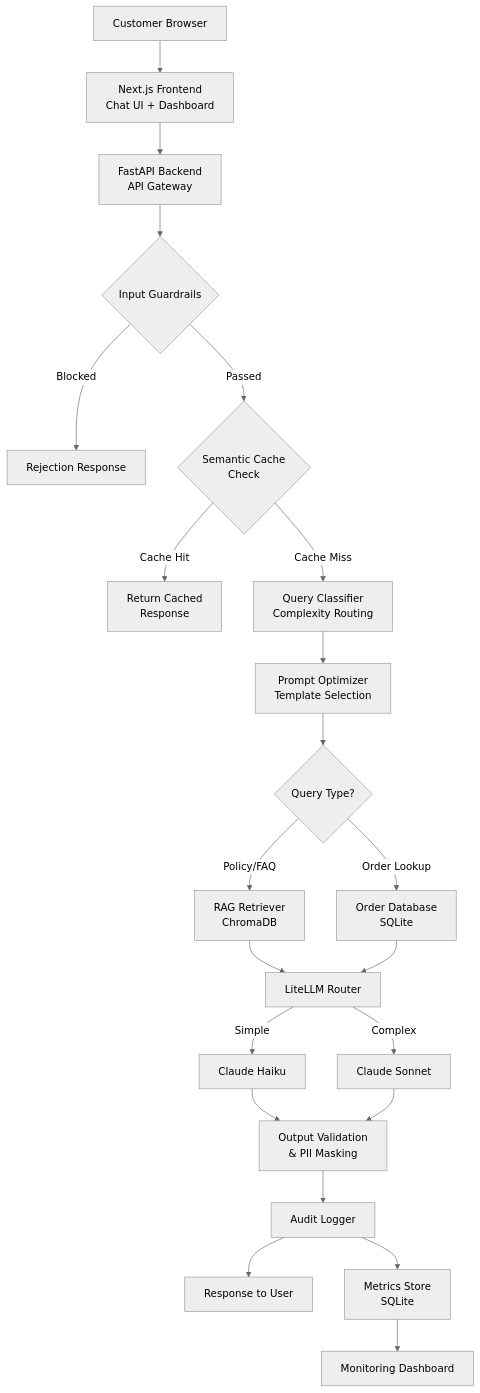
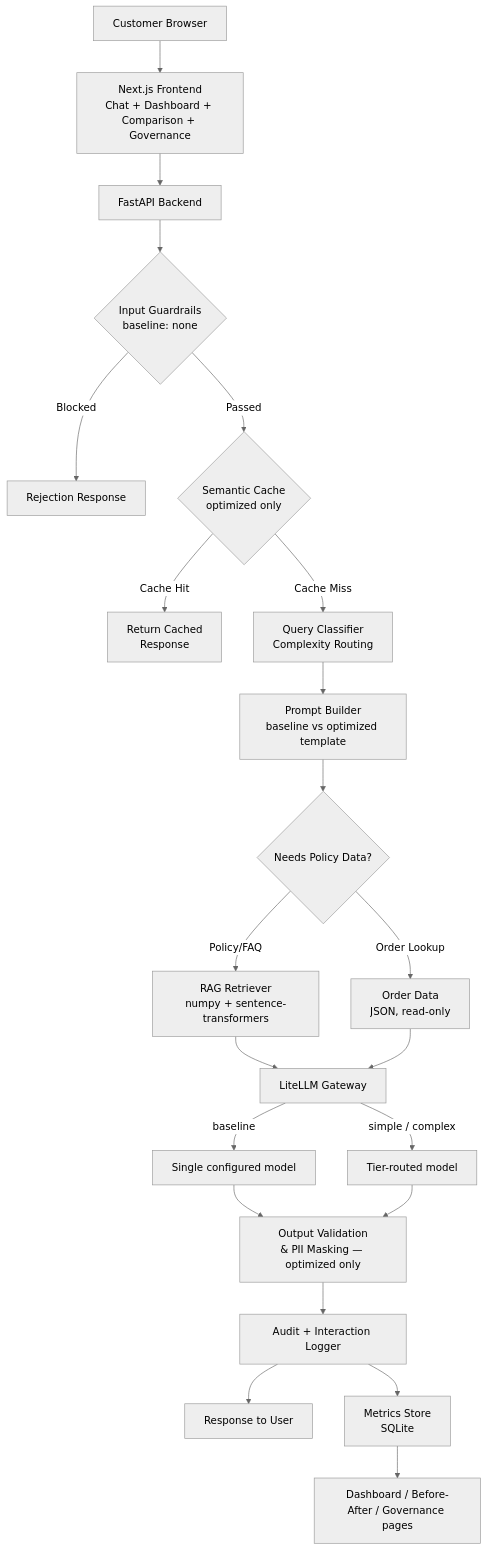
The diagram in PRD.md (sauris3011/OptiBot), drawn with Mermaid (neutral theme) before and after one commit. The commit also changed other lines of this file and 2 other files, not shown here.

````diff
--- a/PRD.md
+++ b/PRD.md
@@ -87,24 +92,24 @@
 ```mermaid
 flowchart TD
-    A[Customer Browser] --> B[Next.js Frontend<br/>Chat UI + Dashboard]
-    B --> C[FastAPI Backend<br/>API Gateway]
-    C --> D{Input Guardrails}
+    A[Customer Browser] --> B[Next.js Frontend<br/>Chat + Dashboard + Comparison + Governance]
+    B --> C[FastAPI Backend]
+    C --> D{Input Guardrails<br/>baseline: none}
     D -->|Blocked| E[Rejection Response]
-    D -->|Passed| F{Semantic Cache<br/>Check}
+    D -->|Passed| F{Semantic Cache<br/>optimized only}
     F -->|Cache Hit| G[Return Cached<br/>Response]
     F -->|Cache Miss| H[Query Classifier<br/>Complexity Routing]
-    H --> I[Prompt Optimizer<br/>Template Selection]
-    I --> J{Query Type?}
-    J -->|Policy/FAQ| K[RAG Retriever<br/>ChromaDB]
-    J -->|Order Lookup| L[Order Database<br/>SQLite]
-    K --> M[LiteLLM Router]
+    H --> I[Prompt Builder<br/>baseline vs optimized template]
+    I --> J{Needs Policy Data?}
+    J -->|Policy/FAQ| K[RAG Retriever<br/>numpy + sentence-transformers]
+    J -->|Order Lookup| L[Order Data<br/>JSON, read-only]
+    K --> M[LiteLLM Gateway]
     L --> M
-    M -->|Simple| N[Claude Haiku]
-    M -->|Complex| O[Claude Sonnet]
-    N --> P[Output Validation<br/>& PII Masking]
+    M -->|baseline| N[Single configured model]
+    M -->|simple / complex| O[Tier-routed model]
+    N --> P[Output Validation<br/>& PII Masking — optimized only]
     O --> P
-    P --> Q[Audit Logger]
+    P --> Q[Audit + Interaction Logger]
     Q --> R[Response to User]
     Q --> S[Metrics Store<br/>SQLite]
-    S --> T[Monitoring Dashboard]
+    S --> T[Dashboard / Before-After / Governance pages]
 ```
````
